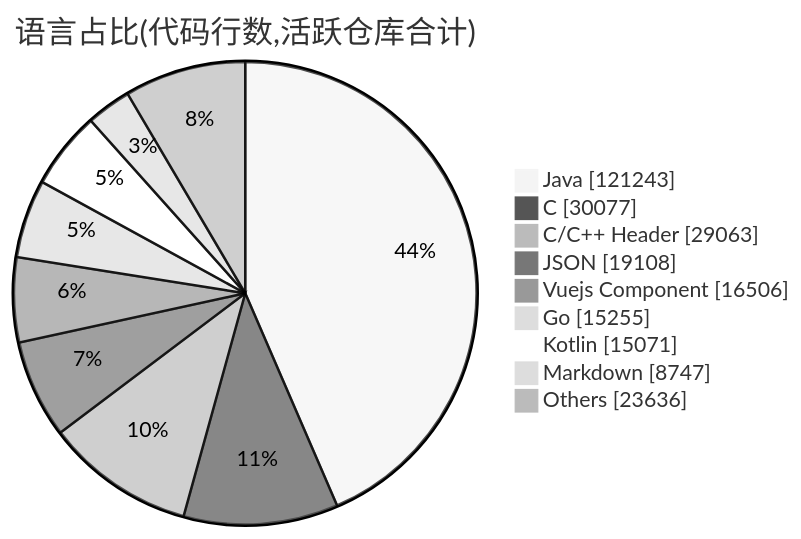
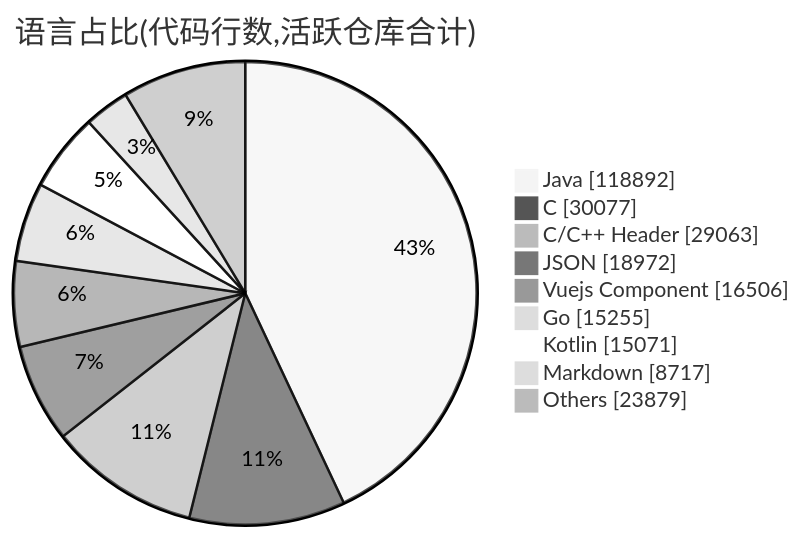
The second of 2 diagrams in profile/README.md (Conflux-Union/.github), drawn with Mermaid (neutral theme) before and after one commit. The commit also changed other lines of this file and 1 other file, not shown here.

````diff
--- a/profile/README.md
+++ b/profile/README.md
@@ -79,13 +79,13 @@
 ```mermaid
 pie showData
     title 语言占比(代码行数,活跃仓库合计)
-    "Java" : 121243
+    "Java" : 118892
     "C" : 30077
     "C/C++ Header" : 29063
-    "JSON" : 19108
+    "JSON" : 18972
     "Vuejs Component" : 16506
     "Go" : 15255
     "Kotlin" : 15071
-    "Markdown" : 8747
-    "Others" : 23636
+    "Markdown" : 8717
+    "Others" : 23879
 ```
````
